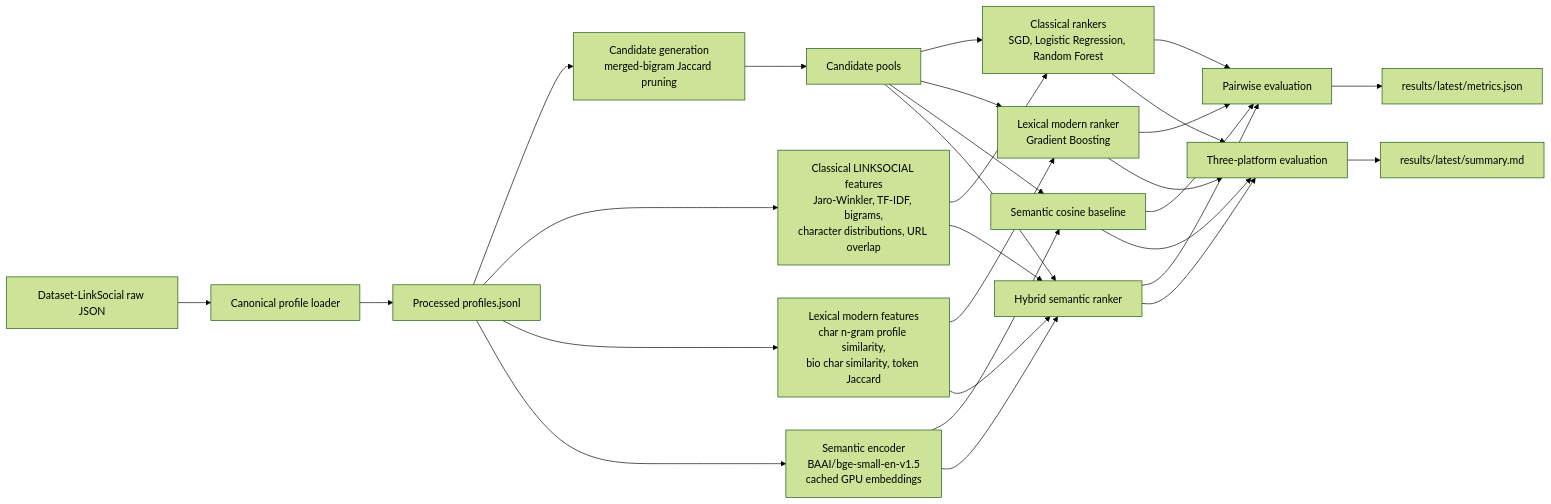
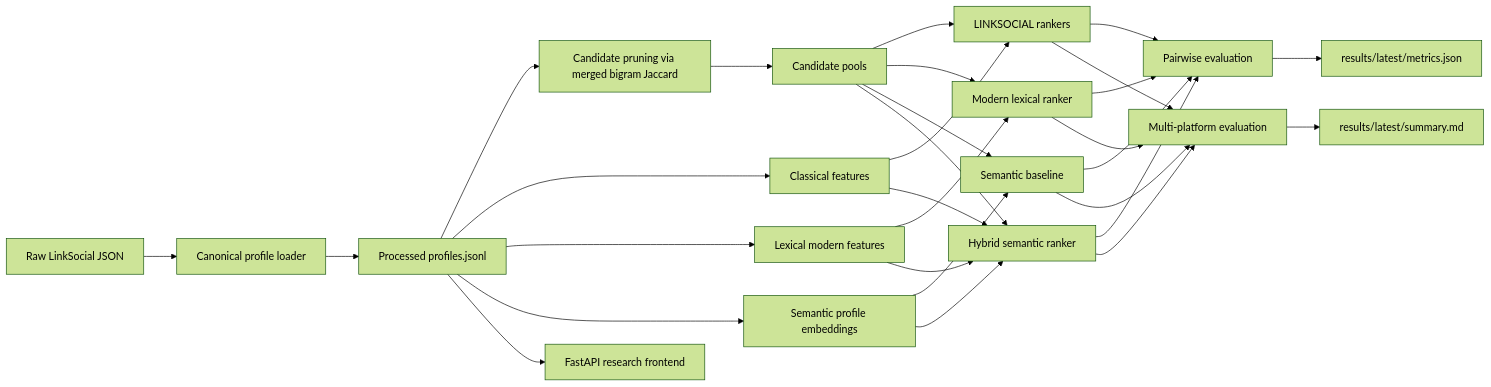
Before and after one commit to Sidharth1743/Social_link_final_year_project: the diagram in README.md, drawn with Mermaid (forest theme). The commit also changed other lines of this file, not shown here.

````diff
--- a/README.md
+++ b/README.md
@@ -21,36 +19,37 @@
 ```mermaid
 flowchart LR
-    A[Dataset-LinkSocial raw JSON] --> B[Canonical profile loader]
+    A[Raw LinkSocial JSON] --> B[Canonical profile loader]
     B --> C[Processed profiles.jsonl]
-    C --> D[Candidate generation\nmerged-bigram Jaccard pruning]
+    C --> D[Candidate pruning via merged bigram Jaccard]
 
-    C --> E[Classical LINKSOCIAL features\nJaro-Winkler, TF-IDF, bigrams,\ncharacter distributions, URL overlap]
-    C --> F[Lexical modern features\nchar n-gram profile similarity,\nbio char similarity, token Jaccard]
-    C --> G[Semantic encoder\nBAAI/bge-small-en-v1.5\ncached GPU embeddings]
+    C --> E[Classical features]
+    C --> F[Lexical modern features]
+    C --> G[Semantic profile embeddings]
 
     D --> H[Candidate pools]
-    E --> I[Classical rankers\nSGD, Logistic Regression, Random Forest]
-    F --> J[Lexical modern ranker\nGradient Boosting]
-    G --> K[Semantic cosine baseline]
+    E --> I[LINKSOCIAL rankers]
+    F --> J[Modern lexical ranker]
+    G --> K[Semantic baseline]
     E --> L[Hybrid semantic ranker]
     F --> L
     G --> L
 
     H --> I
     H --> J
     H --> K
     H --> L
 
     I --> M[Pairwise evaluation]
     J --> M
     K --> M
     L --> M
 
-    I --> N[Three-platform evaluation]
+    I --> N[Multi-platform evaluation]
     J --> N
     K --> N
     L --> N
 
-    M --> O[results/latest/metrics.json]
-    N --> P[results/latest/summary.md]
+    C --> O[FastAPI research frontend]
+    M --> P[results/latest/metrics.json]
+    N --> Q[results/latest/summary.md]
 ```
````
